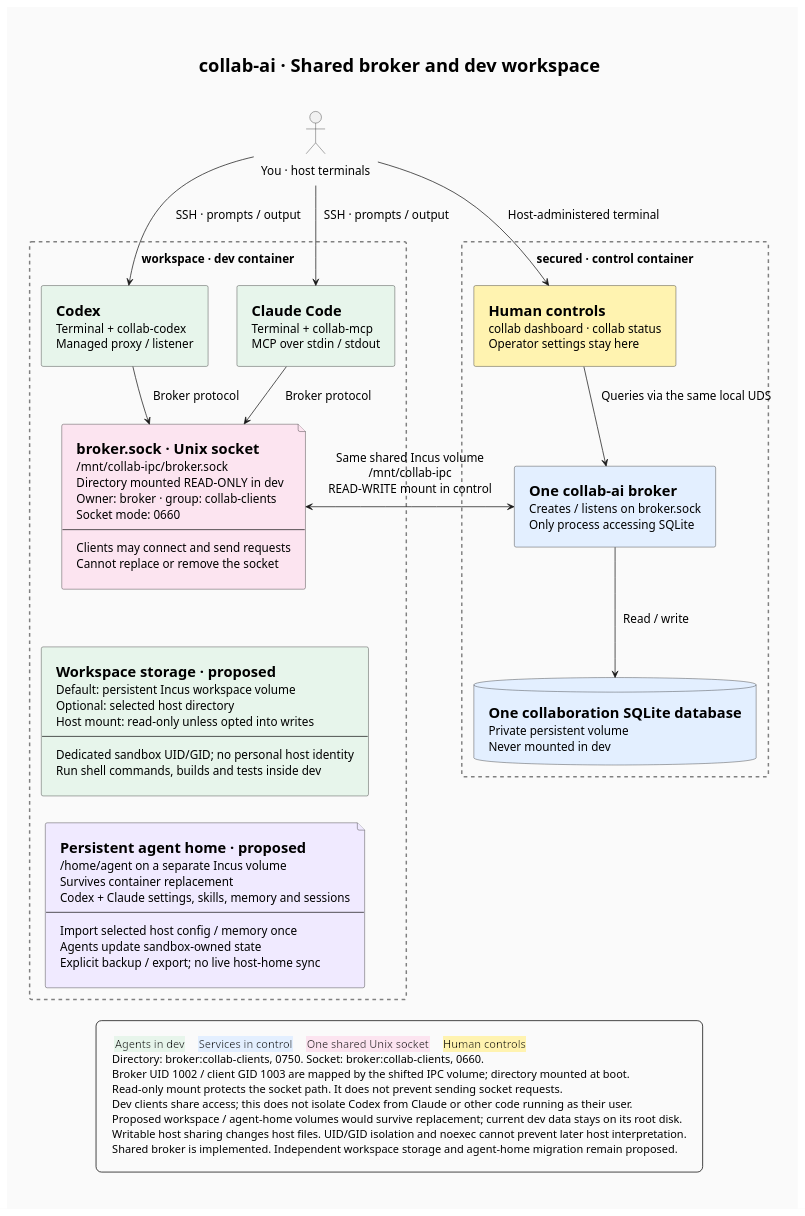
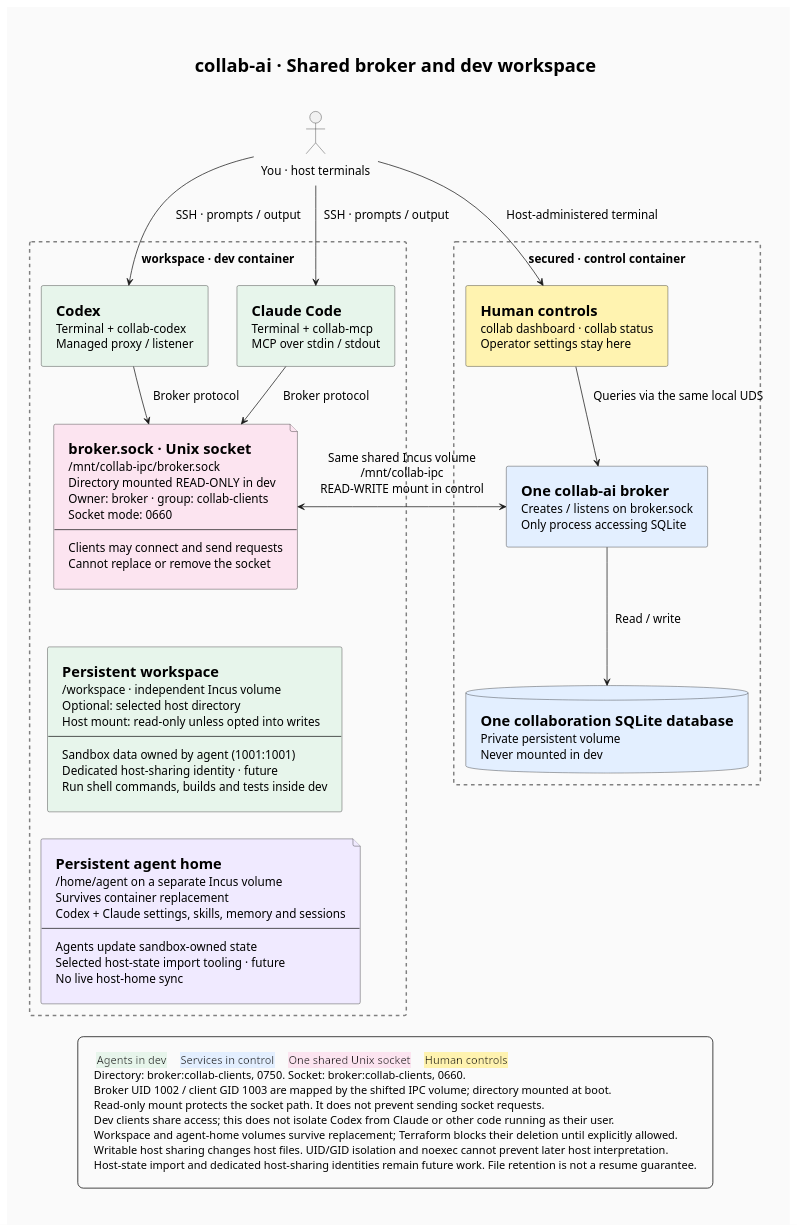
One commit to makarski/collab-ai changed the diagram in docs/assets/architecture.puml. Above: the diagram before and after it, drawn with PlantUML. The commit also changed 24 other files, not shown here.

Commit message:
feat: persist dev workspace and agent home on Incus volumes

```diff
--- a/docs/assets/architecture.puml
+++ b/docs/assets/architecture.puml
@@ -1,92 +1,92 @@
 @startuml architecture
 ' Render from the repository root:
 ' plantuml -tsvg -nometadata docs/assets/architecture.puml
 
 title collab-ai · Shared broker and dev workspace
 
 <style>
 title {
     FontSize 25
 }
 document {
     Margin 24
     BackgroundColor #fafafa
 }
 rectangle {
     LineStyle 5
     LineColor #grey
     LineThickness 2
 }
 .HumanControl {
     BackgroundColor #fff3b0
 }
 .Control {
     BackgroundColor #e3efff
 }
 .Dev {
     BackgroundColor #e7f5eb
 }
 .Socket {
     BackgroundColor #fce4f0
 }
 .Storage {
     BackgroundColor #f0eaff
 }
 legend {
     FontSize 15
     Padding 12
 }
 </style>
 
 hide stereotype
 skinparam {
     backgroundColor #fafafa
     shadowing false
     componentStyle rectangle
     defaultFontSize 16
     padding 10
     nodesep 40
     ranksep 35
 }
 
 actor "You · host terminals" as Human
 
 rectangle "workspace · dev container" as Dev {
     component "=Codex\nTerminal + collab-codex\nManaged proxy / listener" as Codex <<Dev>>
     component "=Claude Code\nTerminal + collab-mcp\nMCP over stdin / stdout" as Claude <<Dev>>
-    component "=Workspace storage · proposed\nDefault: persistent Incus workspace volume\nOptional: selected host directory\nHost mount: read-only unless opted into writes\n--\nDedicated sandbox UID/GID; no personal host identity\nRun shell commands, builds and tests inside dev" as Project <<Dev>>
-    file "=Persistent agent home · proposed\n/home/agent on a separate Incus volume\nSurvives container replacement\nCodex + Claude settings, skills, memory and sessions\n--\nImport selected host config / memory once\nAgents update sandbox-owned state\nExplicit backup / export; no live host-home sync" as AgentHome <<Storage>>
+    component "=Persistent workspace\n/workspace · independent Incus volume\nOptional: selected host directory\nHost mount: read-only unless opted into writes\n--\nSandbox data owned by agent (1001:1001)\nDedicated host-sharing identity · future\nRun shell commands, builds and tests inside dev" as Project <<Dev>>
+    file "=Persistent agent home\n/home/agent on a separate Incus volume\nSurvives container replacement\nCodex + Claude settings, skills, memory and sessions\n--\nAgents update sandbox-owned state\nSelected host-state import tooling · future\nNo live host-home sync" as AgentHome <<Storage>>
     file "=broker.sock · Unix socket\n/mnt/collab-ipc/broker.sock\nDirectory mounted READ-ONLY in dev\nOwner: broker · group: collab-clients\nSocket mode: 0660\n--\nClients may connect and send requests\nCannot replace or remove the socket" as Socket <<Socket>>
 }
 
 rectangle "secured · control container" as Control {
     component "=Human controls\ncollab dashboard · collab status\nOperator settings stay here" as Dashboard <<HumanControl>>
     component "=One collab-ai broker\nCreates / listens on broker.sock\nOnly process accessing SQLite" as Broker <<Control>>
     database "=One collaboration SQLite database\nPrivate persistent volume\nNever mounted in dev" as DB <<Control>>
 }
 
 Human -down-> Codex : SSH · prompts / output
 Human -down-> Claude : SSH · prompts / output
 Human -down-> Dashboard : Host-administered terminal
 
 Codex -down-> Socket : Broker protocol
 Claude -down-> Socket : Broker protocol
 Socket -[hidden]down-> Project
 Project -[hidden]down-> AgentHome
 
 Dashboard -down-> Broker : Queries via the same local UDS
 Broker <-left-> Socket : Same shared Incus volume\n/mnt/collab-ipc\nREAD-WRITE mount in control
 Broker -down-> DB : Read / write
 
 legend bottom
     <back:#e7f5eb> Agents in dev </back>   <back:#e3efff> Services in control </back>   <back:#fce4f0> One shared Unix socket </back>   <back:#fff3b0> Human controls </back>
     Directory: broker:collab-clients, 0750. Socket: broker:collab-clients, 0660.
     Broker UID 1002 / client GID 1003 are mapped by the shifted IPC volume; directory mounted at boot.
     Read-only mount protects the socket path. It does not prevent sending socket requests.
     Dev clients share access; this does not isolate Codex from Claude or other code running as their user.
-    Proposed workspace / agent-home volumes would survive replacement; current dev data stays on its root disk.
+    Workspace and agent-home volumes survive replacement; Terraform blocks their deletion until explicitly allowed.
     Writable host sharing changes host files. UID/GID isolation and noexec cannot prevent later host interpretation.
-    Shared broker is implemented. Independent workspace storage and agent-home migration remain proposed.
+    Host-state import and dedicated host-sharing identities remain future work. File retention is not a resume guarantee.
 endlegend
 
 @enduml
```
